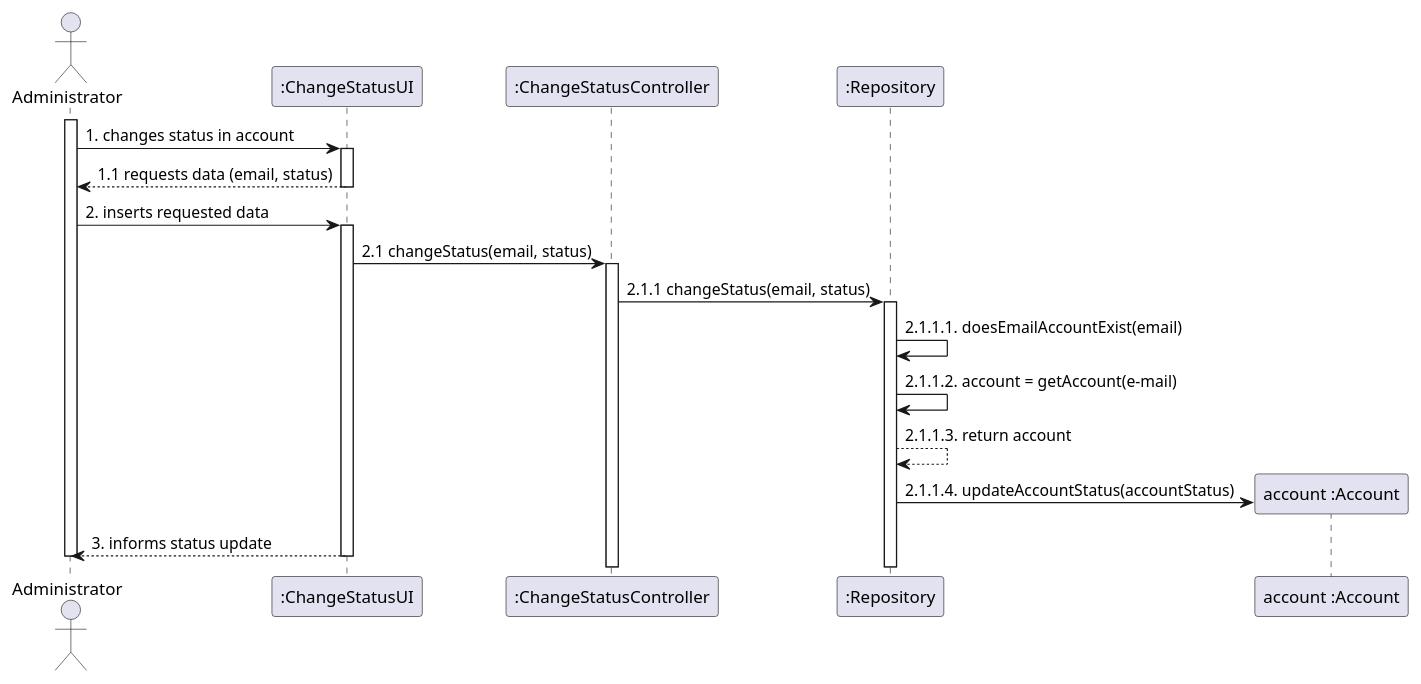
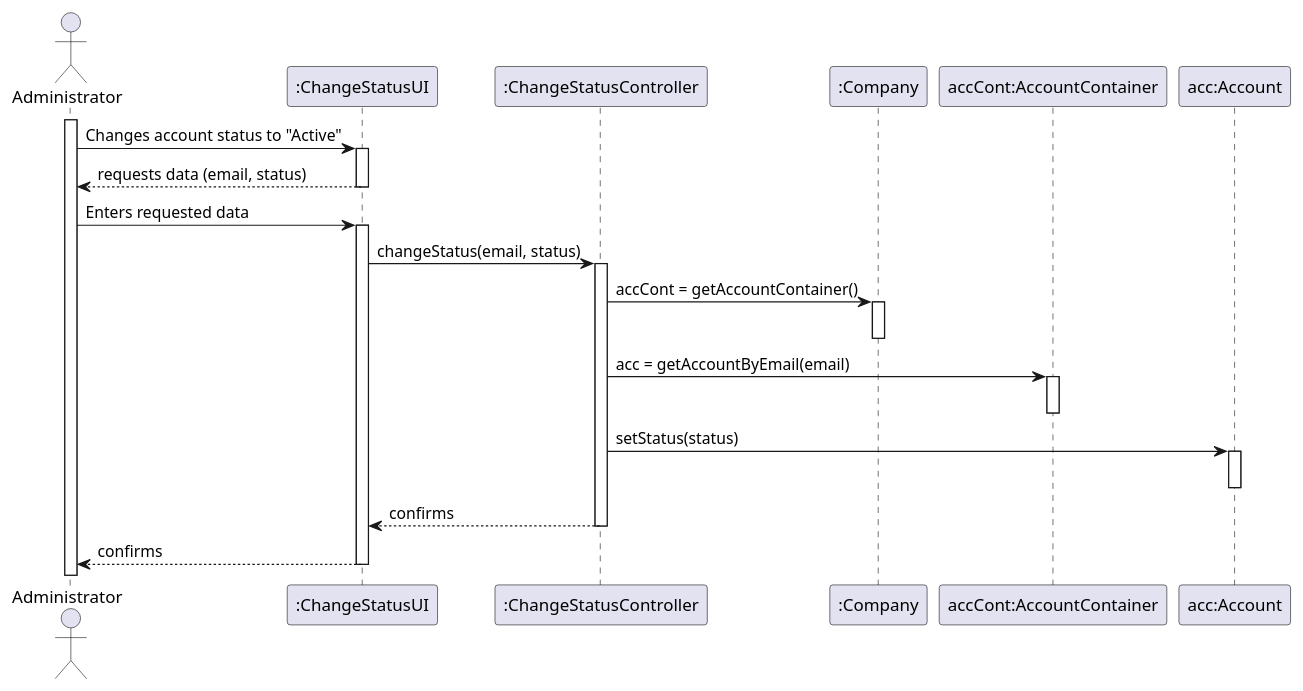
One commit to Loracline/project_switch_22-23 changed the diagram in docs/modelling_design/user_stories/us006/US006_Sequence_Diagram.puml. Above: the diagram before and after it, drawn with PlantUML. The commit also changed other lines of this file and 4 other files, not shown here.

Commit message:
US05/US06 | Update and refinement of Sequence Diagram & Class Diagram

```diff
--- a/docs/modelling_design/user_stories/us006/US006_Sequence_Diagram.puml
+++ b/docs/modelling_design/user_stories/us006/US006_Sequence_Diagram.puml
@@ -2,29 +1,33 @@
 @startuml
 
-actor "Administrator"
-participant ":ChangeStatusUI" as caUi
-participant ":ChangeStatusController" as cac
-participant ":Repository" as repository
-participant "account :Account" as account
+actor "Administrator" as admin
+participant ":ChangeStatusUI" as ui
+participant ":ChangeStatusController" as controller
+participant ":Company" as company
+participant "accCont:AccountContainer" as container
+participant "acc:Account" as account
 
-activate Administrator
-Administrator  -> caUi : 1. changes status in account
-activate caUi
-caUi --> Administrator: 1.1 requests data (email, status)
-deactivate caUi
-Administrator -> caUi: 2. inserts requested data
-activate caUi
-caUi -> cac: 2.1 changeStatus(email, status)
-activate cac
-cac -> repository: 2.1.1 changeStatus(email, status)
-activate repository
-repository -> repository: 2.1.1.1. doesEmailAccountExist(email)
-repository -> repository: 2.1.1.2. account = getAccount(e-mail)
-repository --> repository: 2.1.1.3. return account
-create account
-repository -> account :2.1.1.4. updateAccountStatus(accountStatus)
-caUi--> Administrator: 3. informs status update
-deactivate Administrator
-deactivate caUi
+activate admin
+admin -> ui : Changes account status to "Active"
+activate ui
+ui --> admin: requests data (email, status)
+deactivate ui
+admin -> ui: Enters requested data
+activate ui
+ui -> controller: changeStatus(email, status)
+activate controller
+controller -> company: accCont = getAccountContainer()
+activate company
+deactivate company
+controller -> container: acc = getAccountByEmail(email)
+activate container
+deactivate container
+controller -> account: setStatus(status)
+activate account
+deactivate account
+controller --> ui: confirms
+deactivate controller
+ui --> admin: confirms
+deactivate ui
 
 @enduml
```
